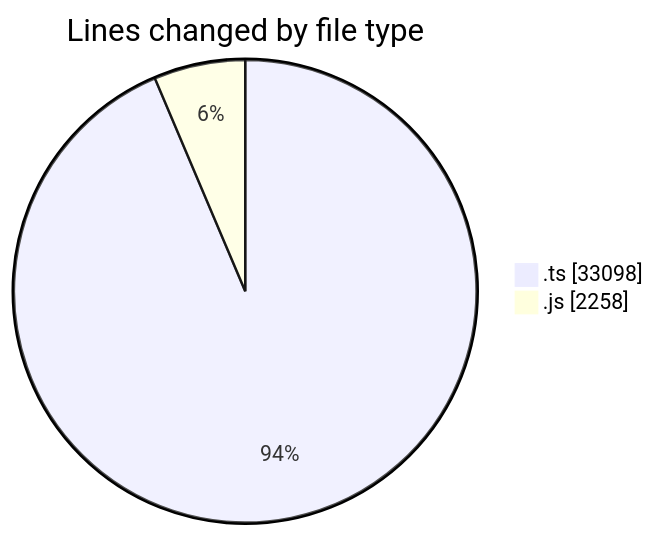
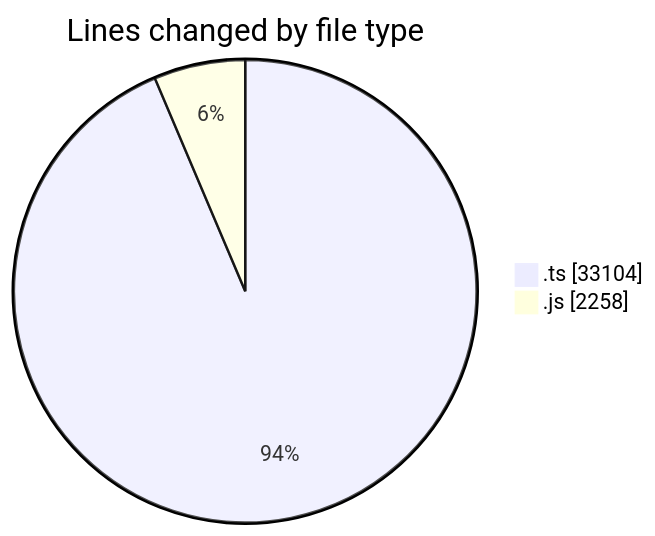
One commit to momahboobian/code-tracking changed the first of 2 diagrams in 2025-06-26/cda/README.md. Above: the diagram before and after it, drawn with Mermaid. The commit also changed other lines of this file and 1 other file, not shown here.

````diff
--- a/2025-06-26/cda/README.md
+++ b/2025-06-26/cda/README.md
@@ -35,6 +35,6 @@
 ```mermaid
 pie showData
 title Lines changed by file type
-".ts" : 33098
+".ts" : 33104
 ".js" : 2258
 ```
````
